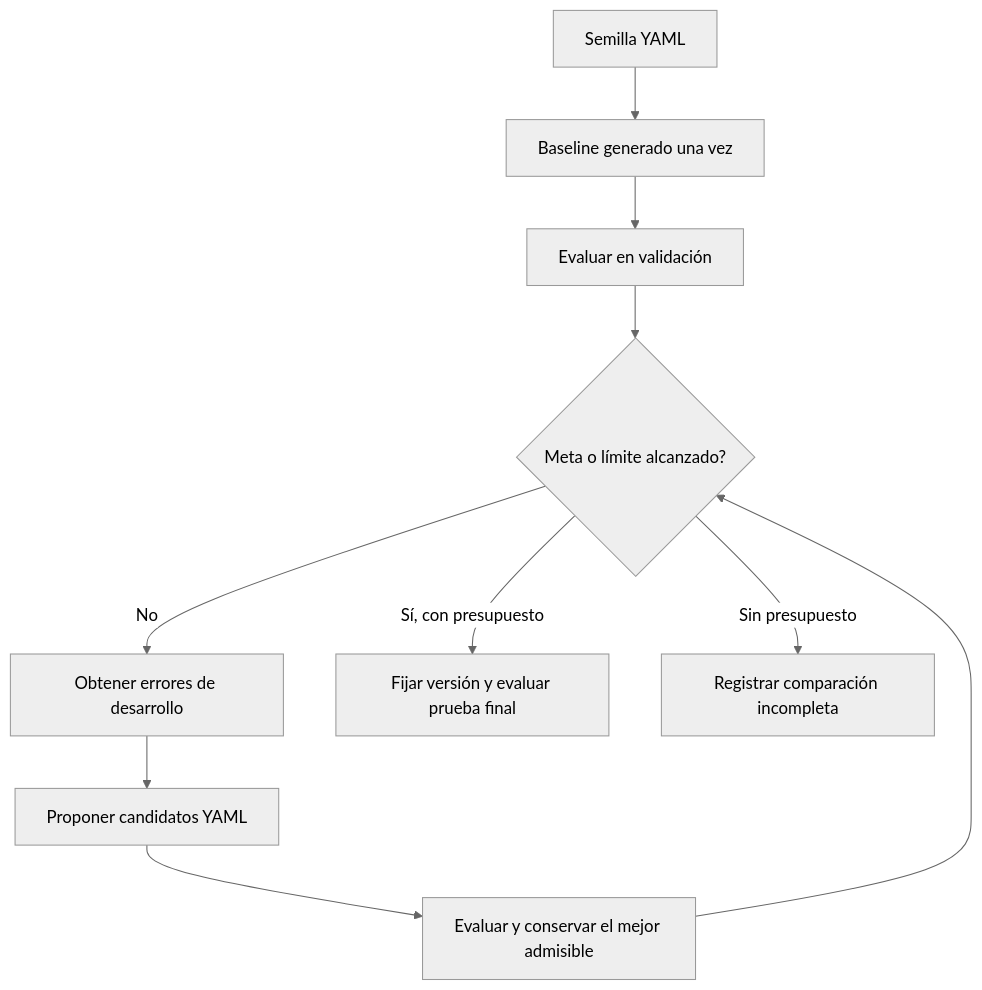
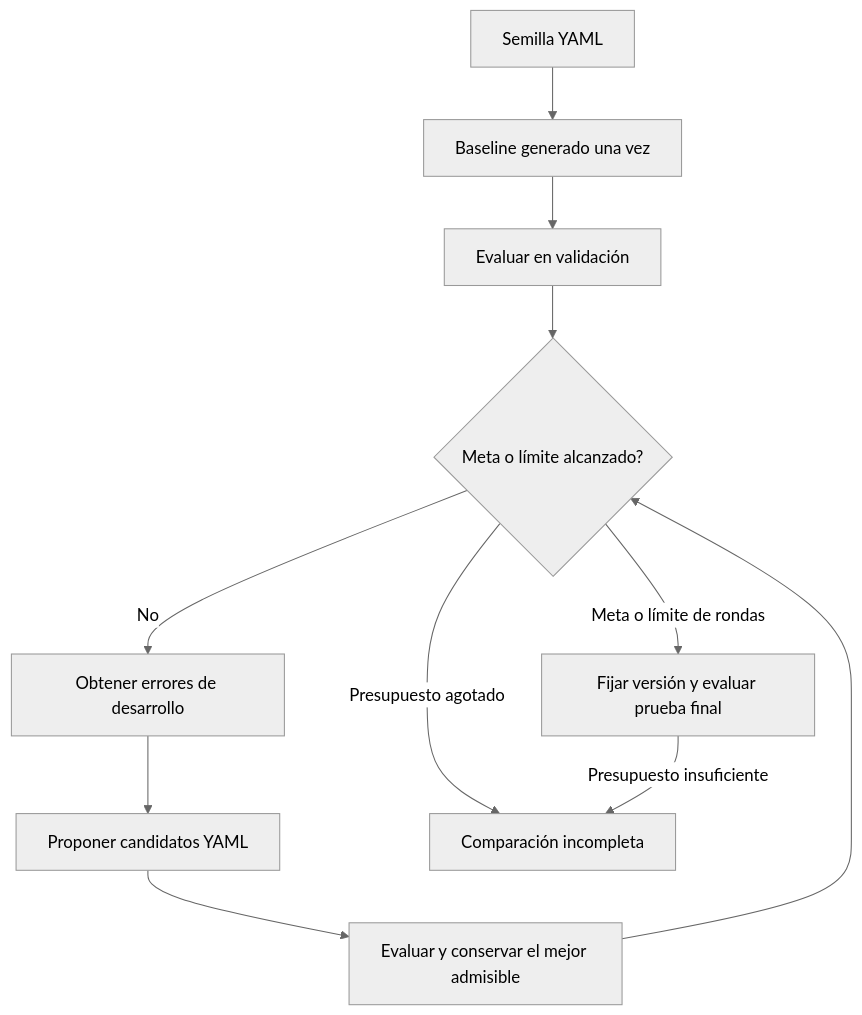
Before and after one commit to jairzinhosantos/thinking-harness: the second of 2 diagrams in research/proposals/case-0003-debt-negotiation/README.es.md, drawn with Mermaid (neutral theme). The commit also changed other lines of this file and 11 other files, not shown here.

````diff
--- a/research/proposals/case-0003-debt-negotiation/README.es.md
+++ b/research/proposals/case-0003-debt-negotiation/README.es.md
@@ -109,12 +109,13 @@
 ```mermaid
 flowchart TD
     A[Semilla YAML] --> B[Baseline generado una vez]
     B --> C[Evaluar en validación]
     C --> D{Meta o límite alcanzado?}
     D -->|No| E[Obtener errores de desarrollo]
     E --> F[Proponer candidatos YAML]
     F --> G[Evaluar y conservar el mejor admisible]
     G --> D
-    D -->|Sí, con presupuesto| T[Fijar versión y evaluar prueba final]
-    D -->|Sin presupuesto| X[Registrar comparación incompleta]
+    D -->|Meta o límite de rondas| T[Fijar versión y evaluar prueba final]
+    D -->|Presupuesto agotado| X[Comparación incompleta]
+    T -->|Presupuesto insuficiente| X
 ```
````
